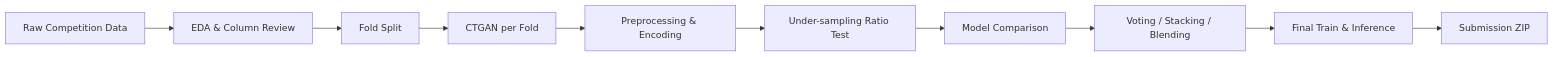
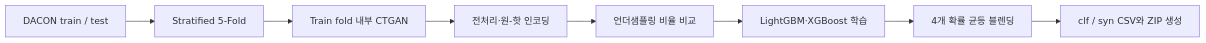
Before and after one commit to scnelMG/FSI-AIxData-Challenge-2024: the diagram in README.md, drawn with Mermaid. The commit also changed other lines of this file and 13 other files, not shown here.

````diff
--- a/README.md
+++ b/README.md
@@ -79,12 +43,10 @@
 ```mermaid
 flowchart LR
-    A["Raw Competition Data"] --> B["EDA & Column Review"]
-    B --> C["Fold Split"]
-    C --> D["CTGAN per Fold"]
-    D --> E["Preprocessing & Encoding"]
-    E --> F["Under-sampling Ratio Test"]
-    F --> G["Model Comparison"]
-    G --> H["Voting / Stacking / Blending"]
-    H --> I["Final Train & Inference"]
-    I --> J["Submission ZIP"]
+    A["DACON train / test"] --> B["Stratified 5-Fold"]
+    B --> C["Train fold 내부 CTGAN"]
+    C --> D["전처리·원-핫 인코딩"]
+    D --> E["언더샘플링 비율 비교"]
+    E --> F["LightGBM·XGBoost 학습"]
+    F --> G["4개 확률 균등 블렌딩"]
+    G --> H["clf / syn CSV와 ZIP 생성"]
 ```
````
